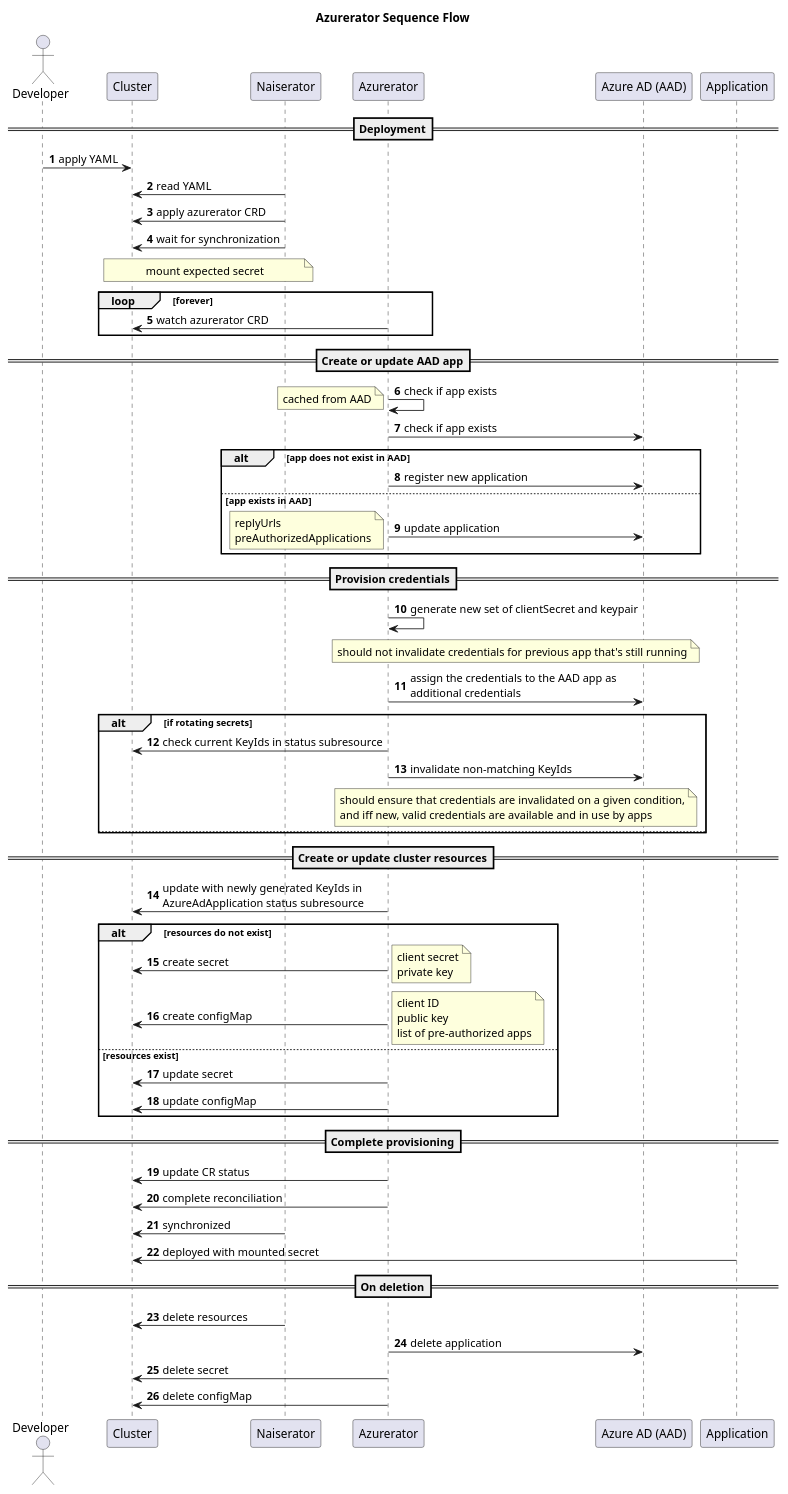
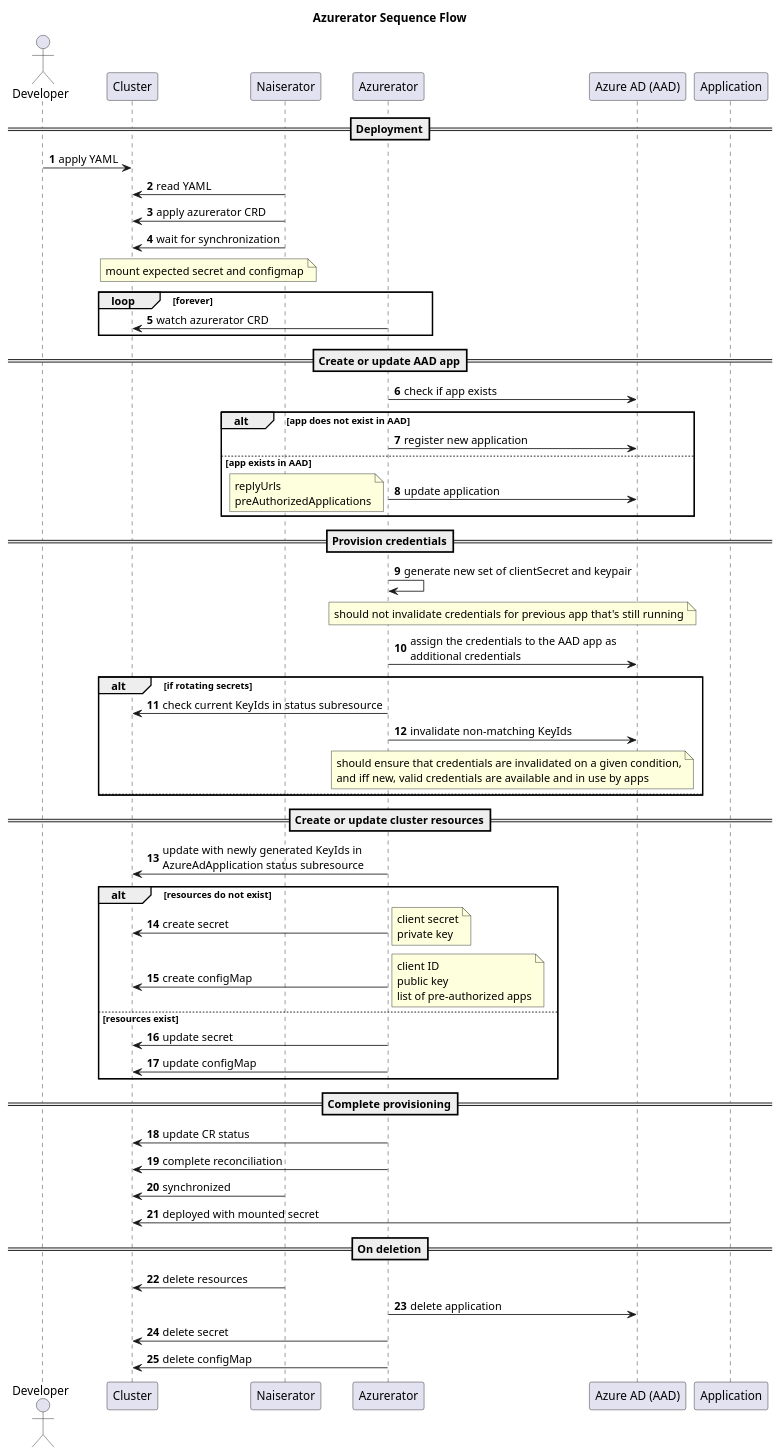
Before and after one commit to nais/azurerator: the diagram in docs/sequence.puml, drawn with PlantUML.

Commit message:
docs: more sequence diagram corrections

```diff
--- a/docs/sequence.puml
+++ b/docs/sequence.puml
@@ -1,90 +1,88 @@
 @startuml component
 title Azurerator Sequence Flow
 skinparam maxMessageSize 300
 autonumber
 
 actor developer as "Developer"
 participant cluster as "Cluster"
 participant naiserator as "Naiserator"
 participant azurerator as "Azurerator"
 participant azuread as "Azure AD (AAD)"
 participant application as "Application"
 
 ==Deployment==
 developer -> cluster: apply YAML
 cluster <- naiserator: read YAML
 cluster <- naiserator: apply azurerator CRD
 naiserator -> cluster: wait for synchronization
-note over naiserator, cluster: mount expected secret
+note over naiserator, cluster: mount expected secret and configmap
 
 loop forever
 	azurerator -> cluster: watch azurerator CRD
 end
 
 ==Create or update AAD app==
-azurerator -> azurerator: check if app exists
-note left: cached from AAD
 azurerator -> azuread: check if app exists
 alt app does not exist in AAD
 	azurerator -> azuread: register new application
 else app exists in AAD
     azurerator -> azuread: update application
     note left
         replyUrls
         preAuthorizedApplications
     end note
 end
 
 ==Provision credentials==
 
 azurerator -> azurerator: generate new set of clientSecret and keypair
 note over azurerator, azuread
     should not invalidate credentials for previous app that's still running
 end note
 
 azurerator -> azuread: assign the credentials to the AAD app as additional credentials
 
 alt if rotating secrets
     azurerator -> cluster: check current KeyIds in status subresource
     azurerator -> azuread: invalidate non-matching KeyIds
     note over azurerator, azuread
         should ensure that credentials are invalidated on a given condition,
         and iff new, valid credentials are available and in use by apps
     end note
 else
 
 end
 
 ==Create or update cluster resources==
 azurerator -> cluster: update with newly generated KeyIds in AzureAdApplication status subresource
 
 alt resources do not exist
 	azurerator -> cluster: create secret
 	note right
         client secret
         private key
     end note
 	azurerator -> cluster: create configMap
 	note right
         client ID
         public key
         list of pre-authorized apps
     end note
 else resources exist
     azurerator -> cluster: update secret
     azurerator -> cluster: update configMap
 end
 
 ==Complete provisioning==
     azurerator -> cluster: update CR status
     azurerator -> cluster: complete reconciliation
     naiserator -> cluster: synchronized
     application -> cluster: deployed with mounted secret
 
 ==On deletion==
     naiserator -> cluster: delete resources
     azurerator -> azuread: delete application
     azurerator -> cluster: delete secret
     azurerator -> cluster: delete configMap
 
 @enduml
```
